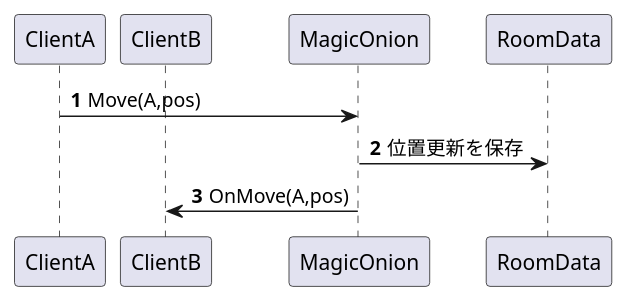
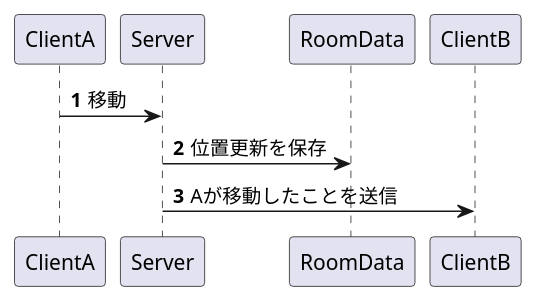
The diagram in Admin/app/src/database/migrations/Move.puml (Bekomochi/RealTime-Repository), drawn with PlantUML before and after one commit. The commit also changed 4 other files, not shown here.

Commit message:
シーケンス図(ゲーム開始/終了)を編集、その他シーケンス図の微調整

```diff
--- a/Admin/app/src/database/migrations/Move.puml
+++ b/Admin/app/src/database/migrations/Move.puml
@@ -1,15 +1,15 @@
 @startuml
 'https://plantuml.com/sequence-diagram
 
 autonumber
 
 participant ClientA
+participant Server
+participant RoomData
 participant ClientB
-participant MagicOnion
-participant RoomData
 
-ClientA->MagicOnion:Move(A,pos)
-MagicOnion->RoomData:位置更新を保存
-ClientB<-MagicOnion:OnMove(A,pos)
+ClientA->Server:移動
+Server->RoomData:位置更新を保存
+ClientB<-Server:Aが移動したことを送信
 
 @enduml
```
